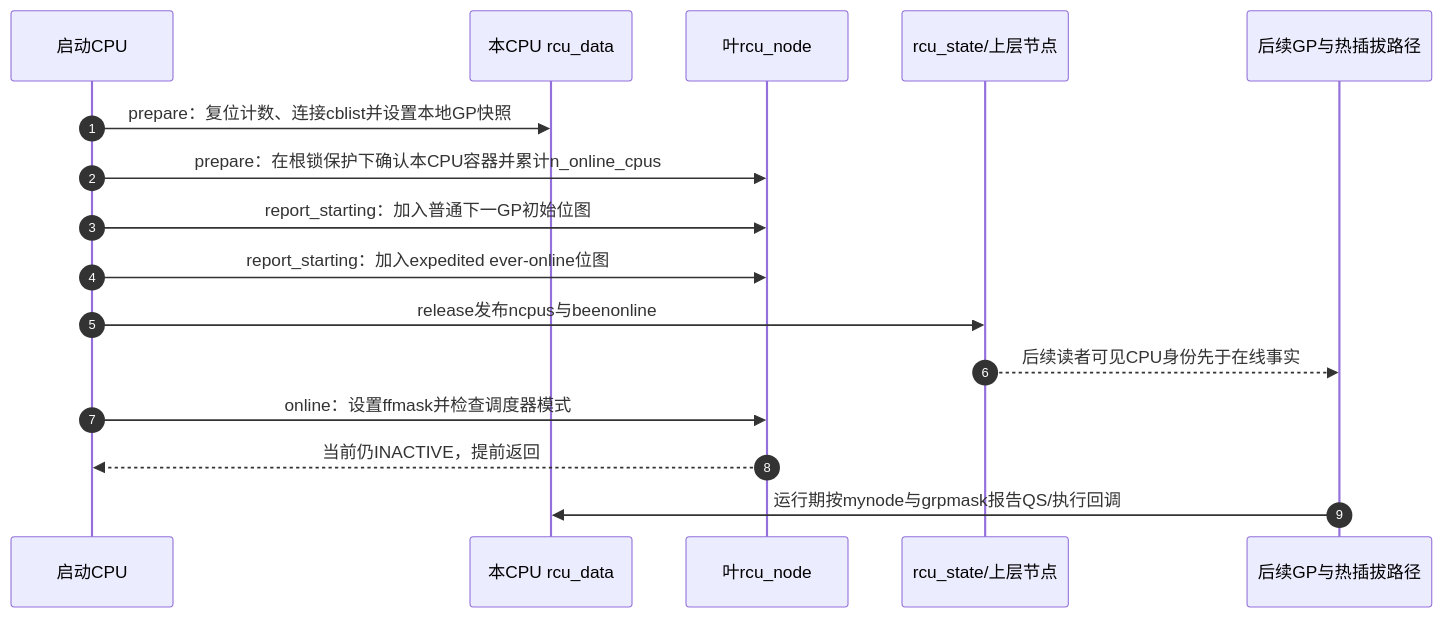
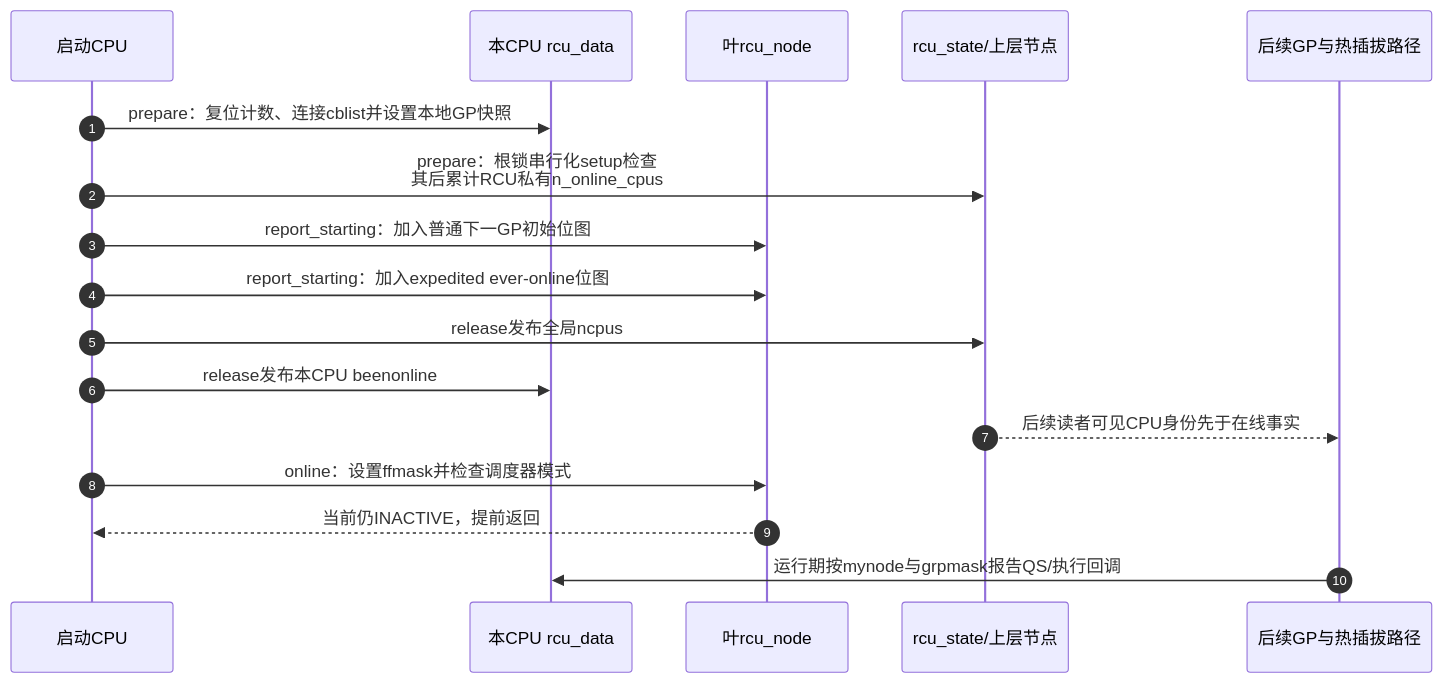
One commit to FormingSystem/linux_note changed the second of 2 diagrams in research/source_reading/rcu/source_explanations/P12_Linux_6.12_Tree_RCU_rcu_init启动初始化源码实现.md. Above: the diagram before and after it, drawn with Mermaid. The commit also changed other lines of this file and 13 other files, not shown here.

````diff
--- a/research/source_reading/rcu/source_explanations/P12_Linux_6.12_Tree_RCU_rcu_init启动初始化源码实现.md
+++ b/research/source_reading/rcu/source_explanations/P12_Linux_6.12_Tree_RCU_rcu_init启动初始化源码实现.md
@@ -787,18 +339,19 @@
 ```mermaid
 sequenceDiagram
     autonumber
     participant Boot as 启动CPU
     participant RDP as 本CPU rcu_data
     participant Leaf as 叶rcu_node
     participant Root as rcu_state/上层节点
     participant Later as 后续GP与热插拔路径
     Boot->>RDP: prepare：复位计数、连接cblist并设置本地GP快照
-    Boot->>Leaf: prepare：在根锁保护下确认本CPU容器并累计n_online_cpus
+    Boot->>Root: prepare：根锁串行化setup检查<br/>其后累计RCU私有n_online_cpus
     Boot->>Leaf: report_starting：加入普通下一GP初始位图
     Boot->>Leaf: report_starting：加入expedited ever-online位图
-    Boot->>Root: release发布ncpus与beenonline
+    Boot->>Root: release发布全局ncpus
+    Boot->>RDP: release发布本CPU beenonline
     Root-->>Later: 后续读者可见CPU身份先于在线事实
     Boot->>Leaf: online：设置ffmask并检查调度器模式
     Leaf-->>Boot: 当前仍INACTIVE，提前返回
     Later->>RDP: 运行期按mynode与grpmask报告QS/执行回调
 ```
````
